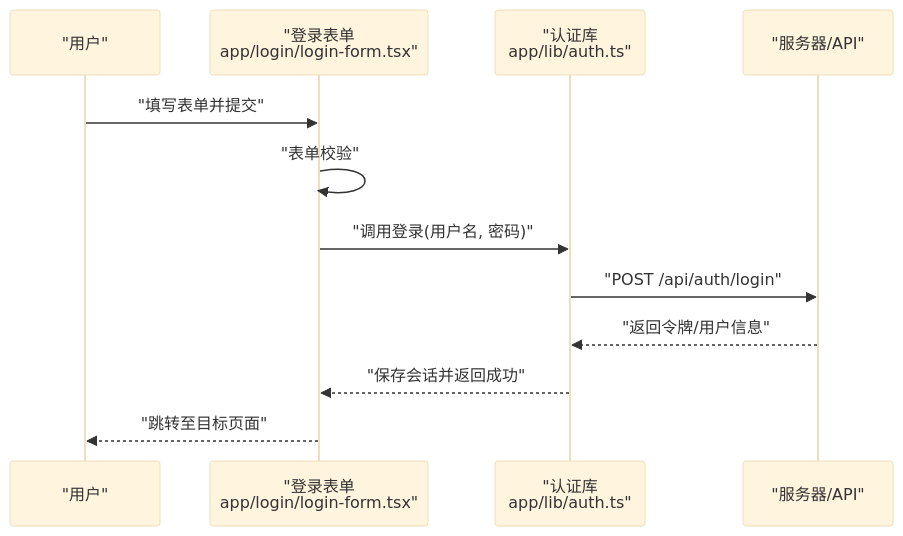
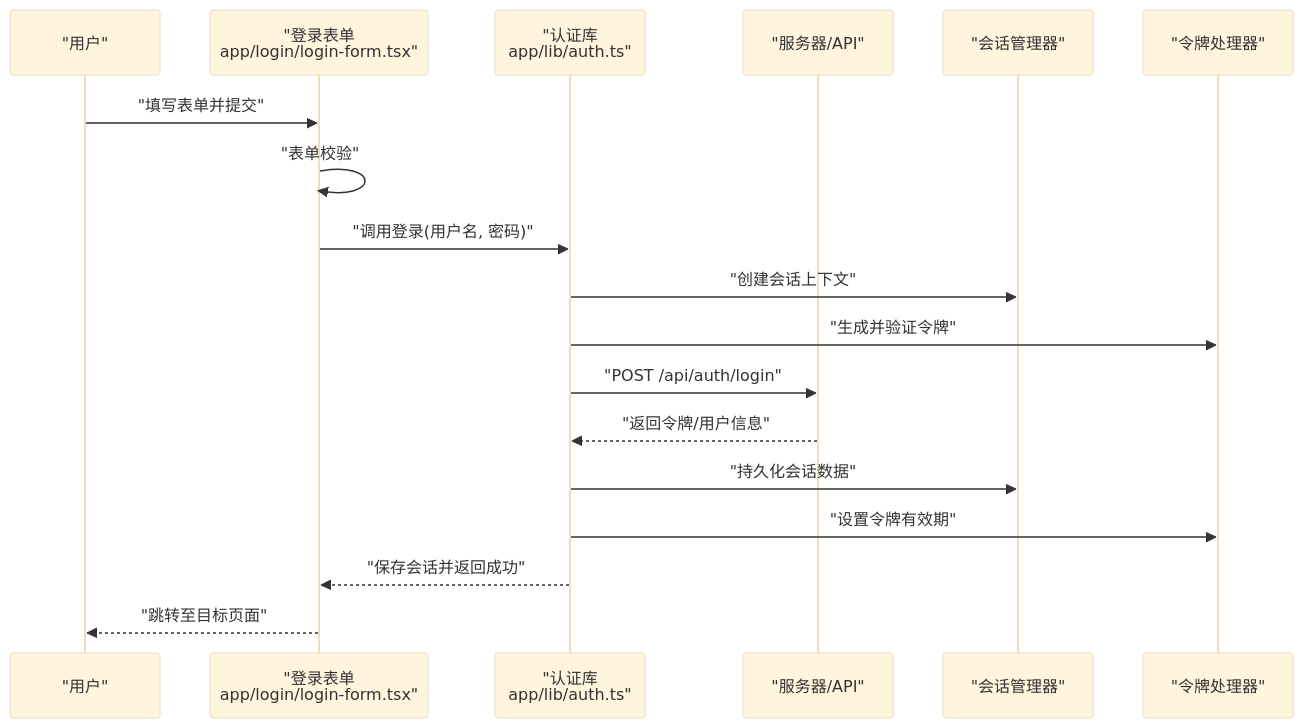
One commit to wangzihao64/RAG_Front changed the fourth of 6 diagrams in .qoder/repowiki/zh/content/用户认证系统.md. Above: the diagram before and after it, drawn with Mermaid (base theme). The commit also changed other lines of this file and 29 other files, not shown here.

````diff
--- a/.qoder/repowiki/zh/content/用户认证系统.md
+++ b/.qoder/repowiki/zh/content/用户认证系统.md
@@ -192,14 +225,20 @@
 ```mermaid
 sequenceDiagram
 participant U as "用户"
 participant F as "登录表单<br/>app/login/login-form.tsx"
 participant A as "认证库<br/>app/lib/auth.ts"
 participant S as "服务器/API"
+participant SM as "会话管理器"
+participant TH as "令牌处理器"
 U->>F : "填写表单并提交"
 F->>F : "表单校验"
 F->>A : "调用登录(用户名, 密码)"
+A->>SM : "创建会话上下文"
+A->>TH : "生成并验证令牌"
 A->>S : "POST /api/auth/login"
 S-->>A : "返回令牌/用户信息"
+A->>SM : "持久化会话数据"
+A->>TH : "设置令牌有效期"
 A-->>F : "保存会话并返回成功"
 F-->>U : "跳转至目标页面"
 ```
````
